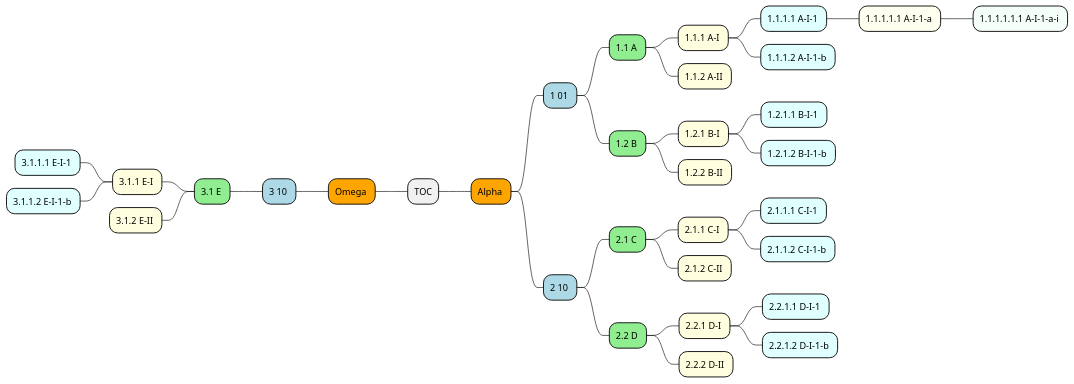
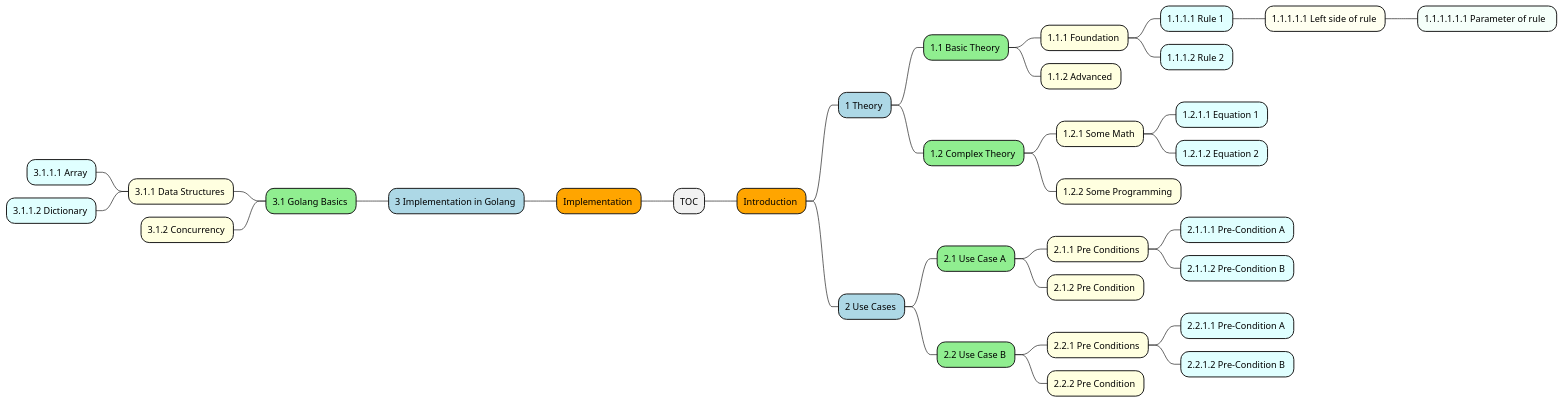
The diagram in examples/book_testdocu/my_book-toc-mm.plantuml (profAW/toc2mm), drawn with PlantUML before and after one commit. The commit also changed 39 other files, not shown here.

```diff
--- a/examples/book_testdocu/my_book-toc-mm.plantuml
+++ b/examples/book_testdocu/my_book-toc-mm.plantuml
@@ -1,36 +1,36 @@
 @startmindmap
 * TOC
-**[#Orange]   Alpha 
-***[#lightblue]  1 01 
-****[#lightgreen]  1.1 A 
-*****[#lightyellow]  1.1.1 A-I 
-******[#lightcyan]  1.1.1.1 A-I-1 
-*******[#Ivory]  1.1.1.1.1 A-I-1-a 
-********[#MintCream]  1.1.1.1.1.1 A-I-1-a-i 
-******[#lightcyan]  1.1.1.2 A-I-1-b 
-*****[#lightyellow]  1.1.2 A-II 
-****[#lightgreen]  1.2 B 
-*****[#lightyellow]  1.2.1 B-I 
-******[#lightcyan]  1.2.1.1 B-I-1 
-******[#lightcyan]  1.2.1.2 B-I-1-b 
-*****[#lightyellow]  1.2.2 B-II 
-***[#lightblue]  2 10 
-****[#lightgreen]  2.1 C 
-*****[#lightyellow]  2.1.1 C-I 
-******[#lightcyan]  2.1.1.1 C-I-1 
-******[#lightcyan]  2.1.1.2 C-I-1-b 
-*****[#lightyellow]  2.1.2 C-II 
-****[#lightgreen]  2.2 D 
-*****[#lightyellow]  2.2.1 D-I 
-******[#lightcyan]  2.2.1.1 D-I-1 
-******[#lightcyan]  2.2.1.2 D-I-1-b 
-*****[#lightyellow]  2.2.2 D-II 
+**[#Orange]   Introduction 
+***[#lightblue]  1 Theory 
+****[#lightgreen]  1.1 Basic Theory 
+*****[#lightyellow]  1.1.1 Foundation 
+******[#lightcyan]  1.1.1.1 Rule 1 
+*******[#Ivory]  1.1.1.1.1 Left side of rule 
+********[#MintCream]  1.1.1.1.1.1 Parameter of rule  
+******[#lightcyan]  1.1.1.2 Rule 2 
+*****[#lightyellow]  1.1.2 Advanced 
+****[#lightgreen]  1.2 Complex Theory 
+*****[#lightyellow]  1.2.1 Some Math 
+******[#lightcyan]  1.2.1.1 Equation 1 
+******[#lightcyan]  1.2.1.2 Equation 2 
+*****[#lightyellow]  1.2.2 Some Programming 
+***[#lightblue]  2 Use Cases 
+****[#lightgreen]  2.1 Use Case A 
+*****[#lightyellow]  2.1.1 Pre Conditions 
+******[#lightcyan]  2.1.1.1 Pre-Condition A 
+******[#lightcyan]  2.1.1.2 Pre-Condition B 
+*****[#lightyellow]  2.1.2 Pre Condition 
+****[#lightgreen]  2.2 Use Case B 
+*****[#lightyellow]  2.2.1 Pre Conditions 
+******[#lightcyan]  2.2.1.1 Pre-Condition A 
+******[#lightcyan]  2.2.1.2 Pre-Condition B 
+*****[#lightyellow]  2.2.2 Pre Condition 
 left side
-**[#Orange]   Omega 
-***[#lightblue]  3 10 
-****[#lightgreen]  3.1 E 
-*****[#lightyellow]  3.1.1 E-I 
-******[#lightcyan]  3.1.1.1 E-I-1 
-******[#lightcyan]  3.1.1.2 E-I-1-b 
-*****[#lightyellow]  3.1.2 E-II 
+**[#Orange]   Implementation 
+***[#lightblue]  3 Implementation in Golang 
+****[#lightgreen]  3.1 Golang Basics 
+*****[#lightyellow]  3.1.1 Data Structures 
+******[#lightcyan]  3.1.1.1 Array 
+******[#lightcyan]  3.1.1.2 Dictionary 
+*****[#lightyellow]  3.1.2 Concurrency 
 @endmindmap
```
